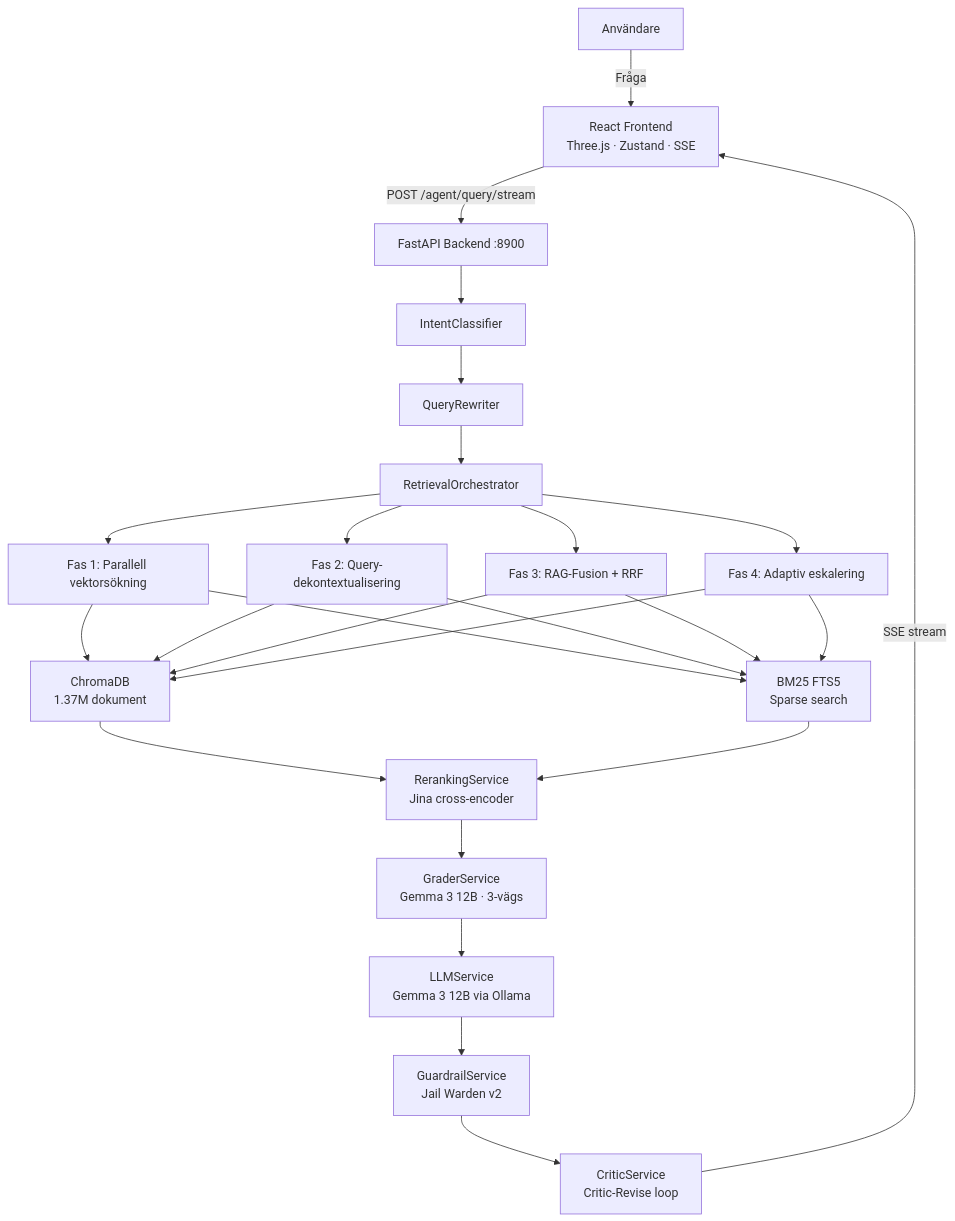
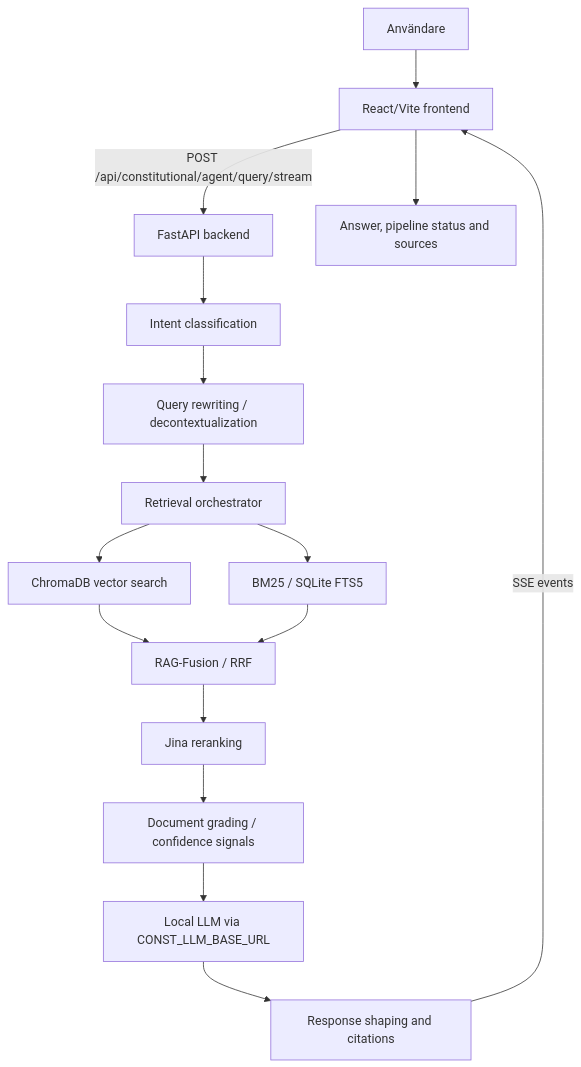
Before and after one commit to itsimonfredlingjack/rag-project: the diagram in README.md, drawn with Mermaid. The commit also changed other lines of this file and 21 other files, not shown here.

````diff
--- a/README.md
+++ b/README.md
@@ -45,24 +68,20 @@
 ```mermaid
 graph TD
-    A[Användare] -->|Fråga| B[React Frontend<br/>Three.js · Zustand · SSE]
-    B -->|POST /agent/query/stream| C[FastAPI Backend :8900]
+    A["Användare"] --> B["React/Vite frontend"]
+    B -->|"POST /api/constitutional/agent/query/stream"| C["FastAPI backend"]
 
-    C --> D[IntentClassifier]
-    D --> E[QueryRewriter]
-    E --> F[RetrievalOrchestrator]
+    C --> D["Intent classification"]
+    D --> E["Query rewriting / decontextualization"]
+    E --> F["Retrieval orchestrator"]
 
-    F --> F1[Fas 1: Parallell vektorsökning]
-    F --> F2[Fas 2: Query-dekontextualisering]
-    F --> F3[Fas 3: RAG-Fusion + RRF]
-    F --> F4[Fas 4: Adaptiv eskalering]
-
-    F1 & F2 & F3 & F4 --> G[ChromaDB<br/>1.37M dokument]
-    F1 & F2 & F3 & F4 --> H[BM25 FTS5\nSparse search]
-
-    G & H --> I[RerankingService\nJina cross-encoder]
-    I --> J[GraderService\nGemma 3 12B · 3-vägs]
-    J --> K[LLMService\nGemma 3 12B via Ollama]
-    K --> L[GuardrailService\nJail Warden v2]
-    L --> M[CriticService\nCritic-Revise loop]
-    M -->|SSE stream| B
+    F --> G["ChromaDB vector search"]
+    F --> H["BM25 / SQLite FTS5"]
+    G --> I["RAG-Fusion / RRF"]
+    H --> I
+    I --> J["Jina reranking"]
+    J --> K["Document grading / confidence signals"]
+    K --> L["Local LLM via CONST_LLM_BASE_URL"]
+    L --> M["Response shaping and citations"]
+    M -->|"SSE events"| B
+    B --> N["Answer, pipeline status and sources"]
 ```
````
